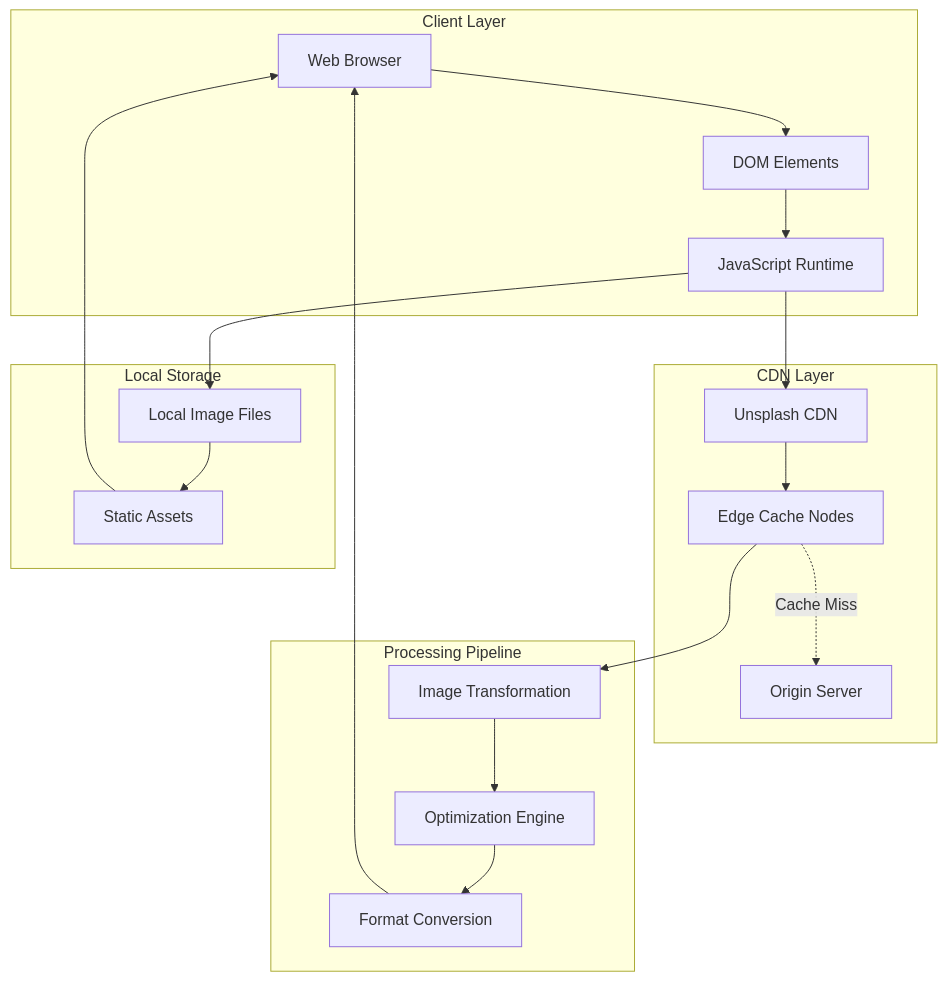
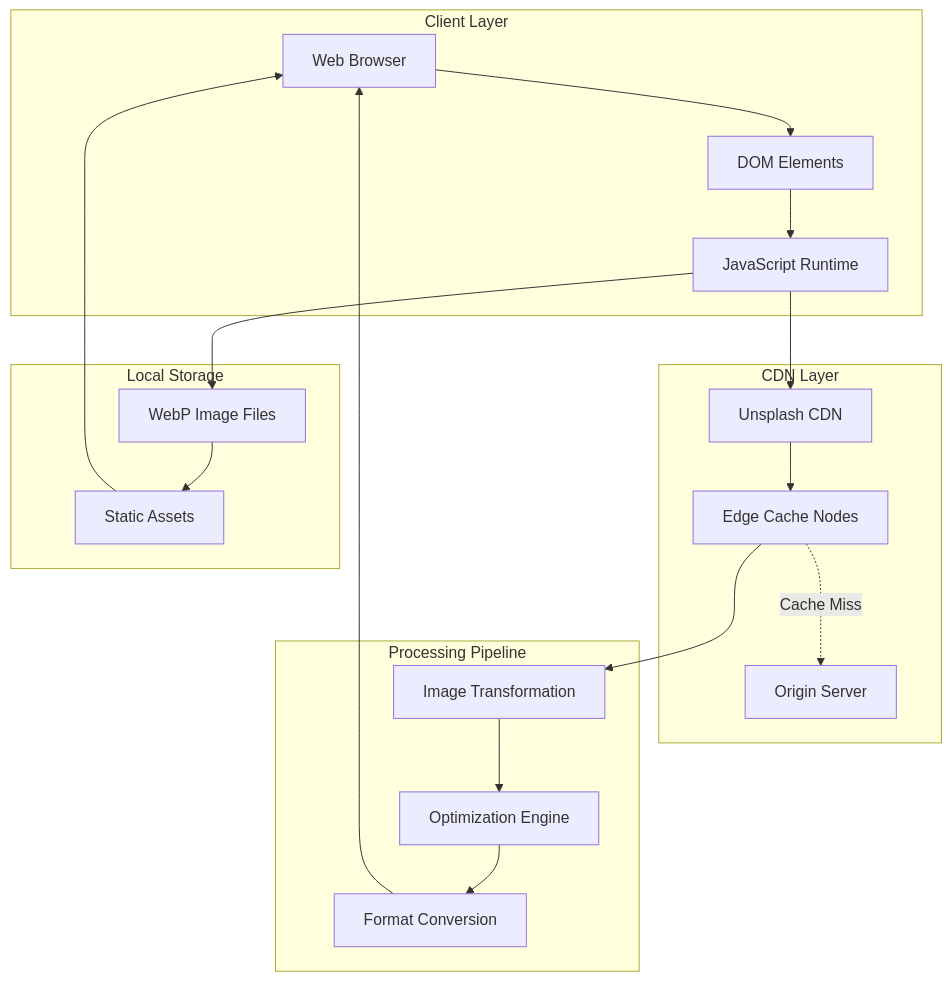
One commit to queenflowerhk/queenflowerhk.github.io changed the diagram in .qoder/repowiki/en/content/User Interface Components/Product Gallery Components/Image Loading and Optimization.md. Above: the diagram before and after it, drawn with Mermaid. The commit also changed other lines of this file and 62 other files, not shown here.

````diff
--- a/.qoder/repowiki/en/content/User Interface Components/Product Gallery Components/Image Loading and Optimization.md
+++ b/.qoder/repowiki/en/content/User Interface Components/Product Gallery Components/Image Loading and Optimization.md
@@ -43,34 +43,34 @@
 ```mermaid
 graph TB
 subgraph "Client Layer"
 Browser[Web Browser]
 DOM[DOM Elements]
 JS[JavaScript Runtime]
 end
 subgraph "CDN Layer"
 Unsplash[Unsplash CDN]
 EdgeCache[Edge Cache Nodes]
 Origin[Origin Server]
 end
 subgraph "Local Storage"
-LocalImages[Local Image Files]
+WebPImages[WebP Image Files]
 StaticAssets[Static Assets]
 end
 subgraph "Processing Pipeline"
 Transform[Image Transformation]
 Optimize[Optimization Engine]
 Format[Format Conversion]
 end
 Browser --> DOM
 DOM --> JS
 JS --> Unsplash
-JS --> LocalImages
+JS --> WebPImages
 Unsplash --> EdgeCache
 EdgeCache --> Transform
 Transform --> Optimize
 Optimize --> Format
 Format --> Browser
-LocalImages --> StaticAssets
+WebPImages --> StaticAssets
 StaticAssets --> Browser
 EdgeCache -.->|Cache Miss| Origin
 ```
````
